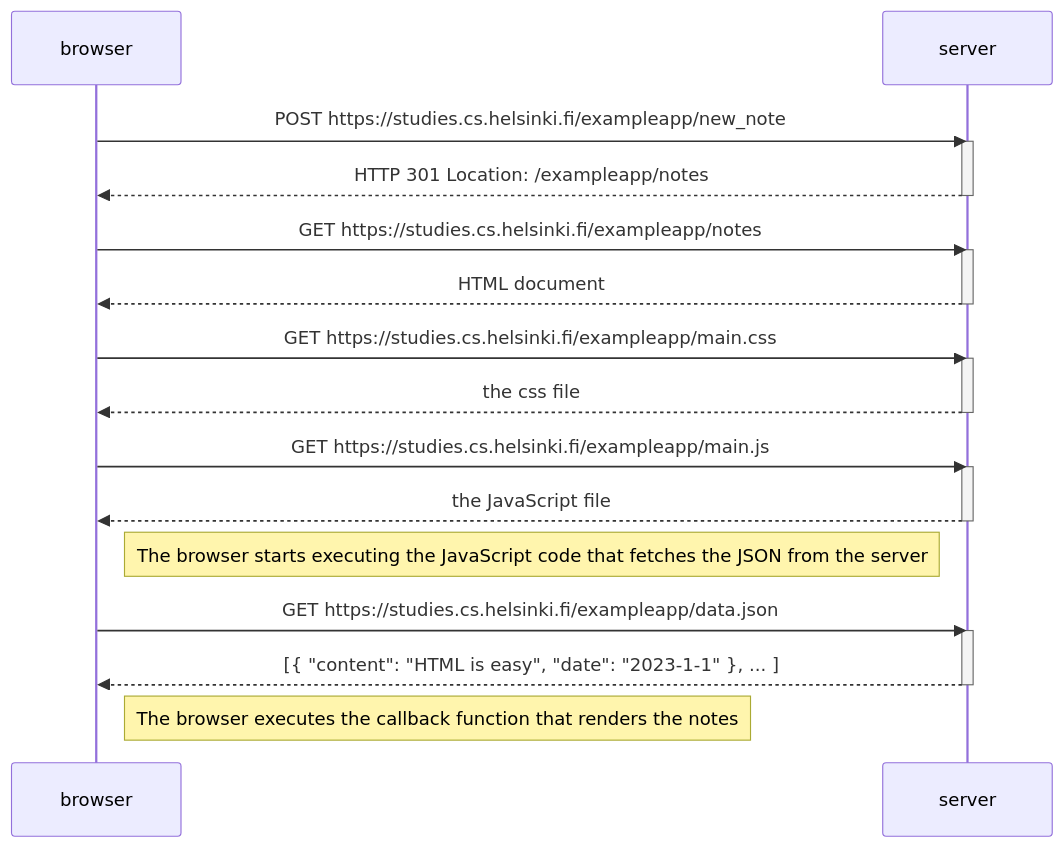
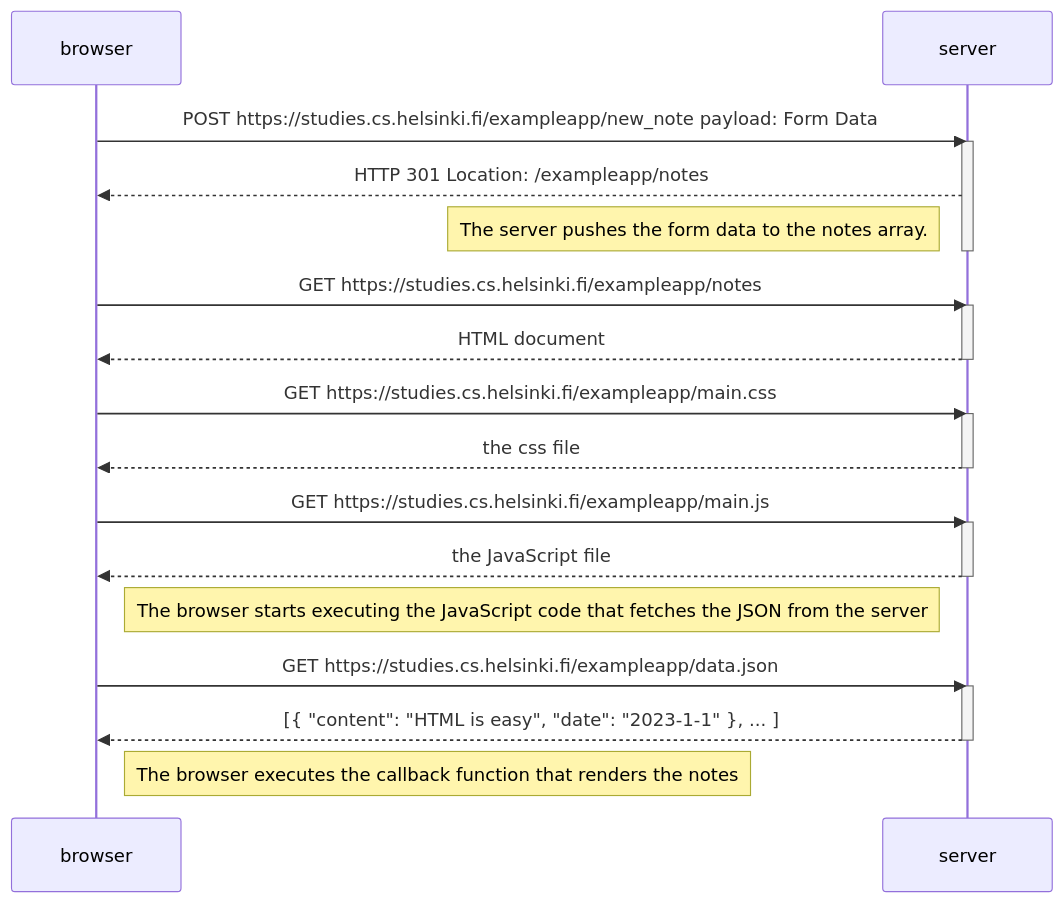
The diagram in Part0_NewNoteDiagram.md (nilskrannig/OpenUni_FSWD_Part0), drawn with Mermaid before and after one commit.

Commit message:
Part0: add payload and server note

````diff
--- a/Part0_NewNoteDiagram.md
+++ b/Part0_NewNoteDiagram.md
@@ -1,34 +1,35 @@
 ```mermaid
 sequenceDiagram
     participant browser
     participant server
 
-    browser->>server: POST https://studies.cs.helsinki.fi/exampleapp/new_note
+    browser->>server: POST https://studies.cs.helsinki.fi/exampleapp/new_note payload: Form Data
     activate server
     server-->>browser: HTTP 301 Location: /exampleapp/notes
+    Note left of server: The server pushes the form data to the notes array.
     deactivate server
 
     browser->>server: GET https://studies.cs.helsinki.fi/exampleapp/notes
     activate server
     server-->>browser: HTML document
     deactivate server
 
     browser->>server: GET https://studies.cs.helsinki.fi/exampleapp/main.css
     activate server
     server-->>browser: the css file
     deactivate server
 
     browser->>server: GET https://studies.cs.helsinki.fi/exampleapp/main.js
     activate server
     server-->>browser: the JavaScript file
     deactivate server
 
     Note right of browser: The browser starts executing the JavaScript code that fetches the JSON from the server
 
     browser->>server: GET https://studies.cs.helsinki.fi/exampleapp/data.json
     activate server
     server-->>browser: [{ "content": "HTML is easy", "date": "2023-1-1" }, ... ]
     deactivate server
 
     Note right of browser: The browser executes the callback function that renders the notes
 ```
````
